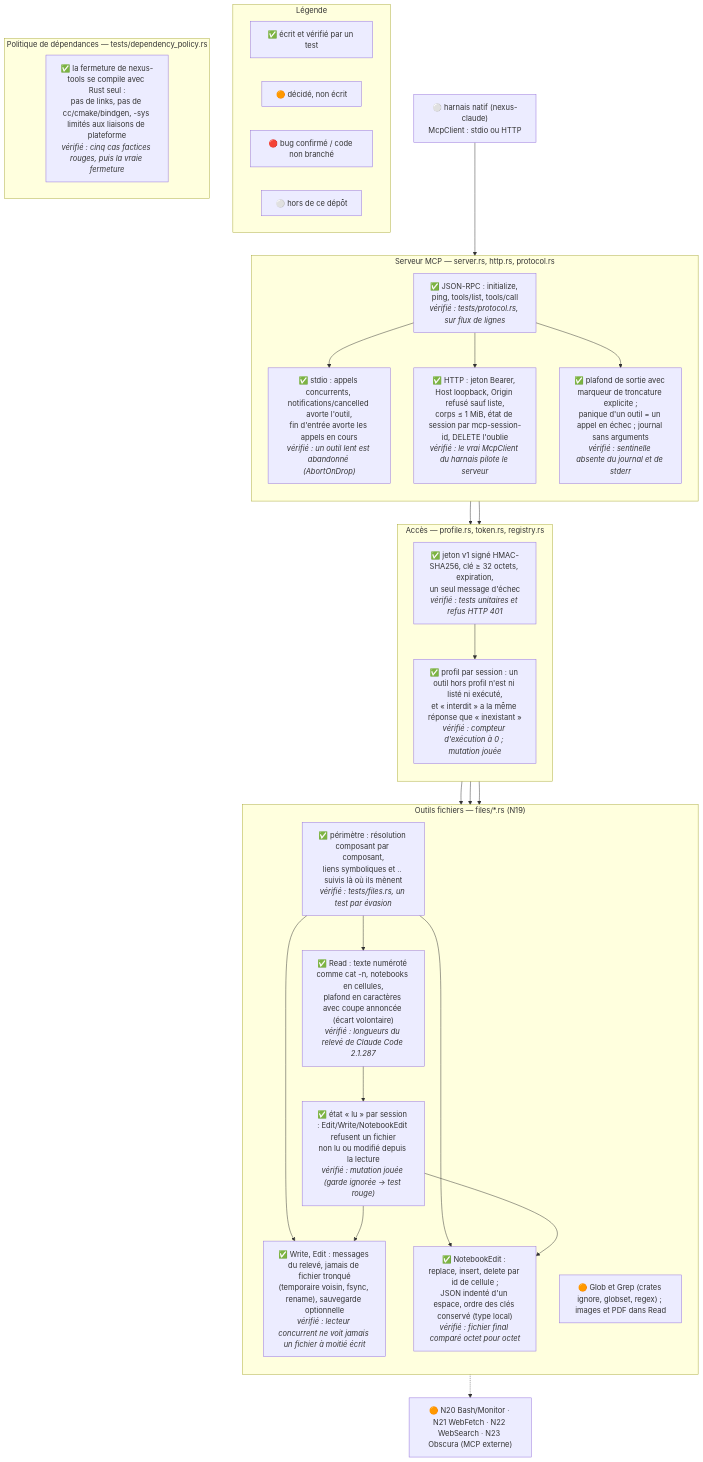
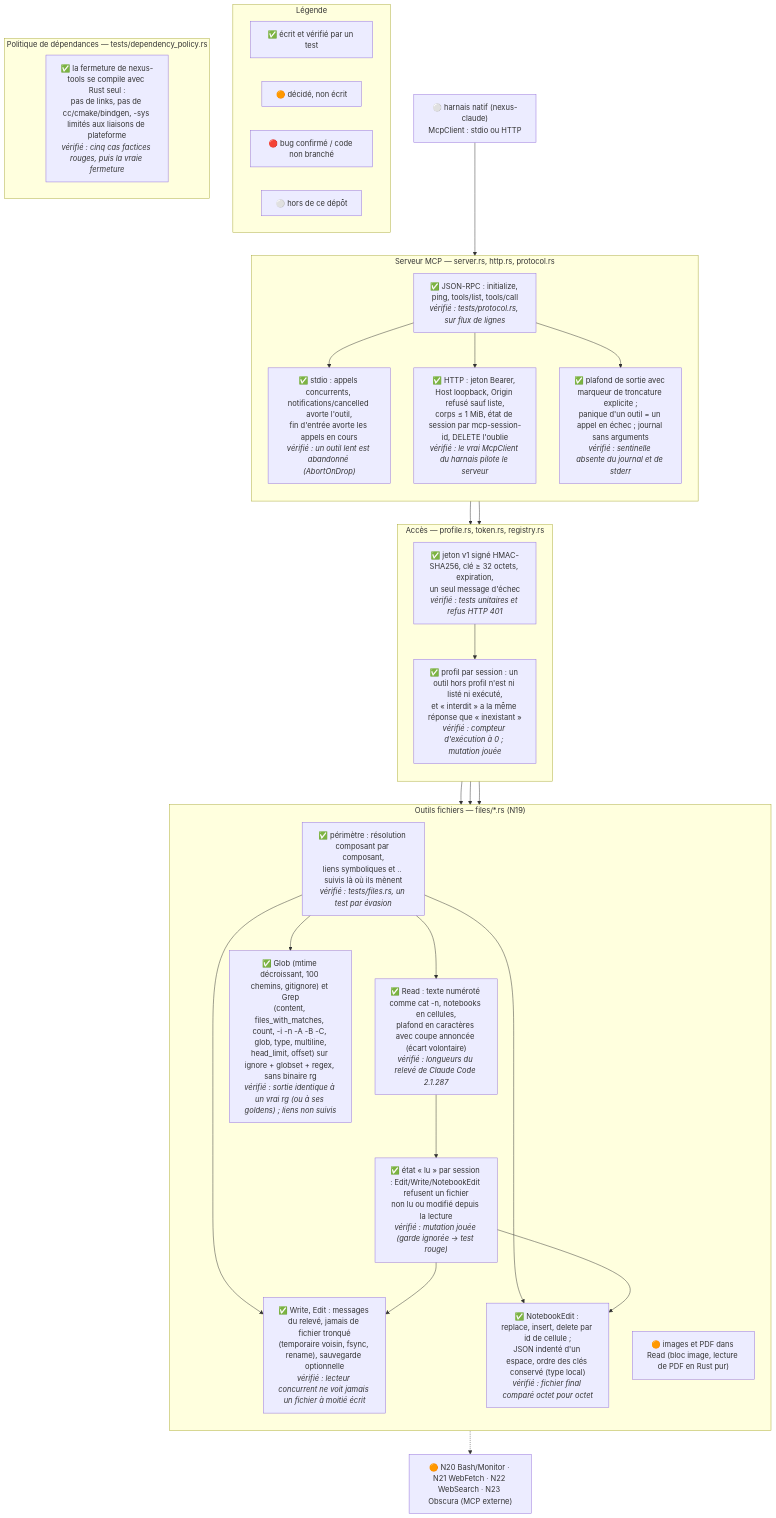
Before and after one commit to this-rs/nexus: the diagram in docs/diagrams/nexus-tools.mmd, drawn with Mermaid. The commit also changed 21 other files, not shown here.

First line of the commit message:
feat(tools): Glob and Grep on ignore/globset/regex, checked against real ripgrep (N19, part 3)

```diff
--- a/docs/diagrams/nexus-tools.mmd
+++ b/docs/diagrams/nexus-tools.mmd
@@ -1,61 +1,63 @@
 %% name: nexus-tools
-%% covers: nexus-tools/src/*.rs, nexus-tools/src/files/*.rs, nexus-tools/tests/*.rs, docs/agent-tools-parity.md
+%% covers: nexus-tools/src/*.rs, nexus-tools/src/files/*.rs, nexus-tools/tests/*.rs, nexus-tools/tests/golden_grep/*.txt, docs/agent-tools-parity.md
 %% verified: 2026-10-05
 flowchart TD
     subgraph legend["Légende"]
         direction LR
         L1["✅ écrit et vérifié par un test"]
         L2["🟠 décidé, non écrit"]
         L3["🔴 bug confirmé / code non branché"]
         L4["⚪ hors de ce dépôt"]
     end
 
     HARNESS["⚪ harnais natif (nexus-claude)<br/>McpClient : stdio ou HTTP"]
 
     subgraph serveur["Serveur MCP — server.rs, http.rs, protocol.rs"]
         direction TB
         RPC["✅ JSON-RPC : initialize, ping, tools/list, tools/call<br/><i>vérifié : tests/protocol.rs, sur flux de lignes</i>"]
         STDIO["✅ stdio : appels concurrents, notifications/cancelled avorte l'outil,<br/>fin d'entrée avorte les appels en cours<br/><i>vérifié : un outil lent est abandonné (AbortOnDrop)</i>"]
         HTTP["✅ HTTP : jeton Bearer, Host loopback, Origin refusé sauf liste,<br/>corps ≤ 1 MiB, état de session par mcp-session-id, DELETE l'oublie<br/><i>vérifié : le vrai McpClient du harnais pilote le serveur</i>"]
         CAP["✅ plafond de sortie avec marqueur de troncature explicite ;<br/>panique d'un outil = un appel en échec ; journal sans arguments<br/><i>vérifié : sentinelle absente du journal et de stderr</i>"]
     end
 
     subgraph acces["Accès — profile.rs, token.rs, registry.rs"]
         direction TB
         TOKEN["✅ jeton v1 signé HMAC-SHA256, clé ≥ 32 octets, expiration,<br/>un seul message d'échec<br/><i>vérifié : tests unitaires et refus HTTP 401</i>"]
         PROFILE["✅ profil par session : un outil hors profil n'est ni listé ni exécuté,<br/>et « interdit » a la même réponse que « inexistant »<br/><i>vérifié : compteur d'exécution à 0 ; mutation jouée</i>"]
     end
 
     subgraph fichiers["Outils fichiers — files/*.rs (N19)"]
         direction TB
         SCOPE["✅ périmètre : résolution composant par composant,<br/>liens symboliques et .. suivis là où ils mènent<br/><i>vérifié : tests/files.rs, un test par évasion</i>"]
         STATE["✅ état « lu » par session : Edit/Write/NotebookEdit refusent un fichier<br/>non lu ou modifié depuis la lecture<br/><i>vérifié : mutation jouée (garde ignorée → test rouge)</i>"]
         READ["✅ Read : texte numéroté comme cat -n, notebooks en cellules,<br/>plafond en caractères avec coupe annoncée (écart volontaire)<br/><i>vérifié : longueurs du relevé de Claude Code 2.1.287</i>"]
         WRITE["✅ Write, Edit : messages du relevé, jamais de fichier tronqué<br/>(temporaire voisin, fsync, rename), sauvegarde optionnelle<br/><i>vérifié : lecteur concurrent ne voit jamais un fichier à moitié écrit</i>"]
         NB["✅ NotebookEdit : replace, insert, delete par id de cellule ;<br/>JSON indenté d'un espace, ordre des clés conservé (type local)<br/><i>vérifié : fichier final comparé octet pour octet</i>"]
-        GLOBGREP["🟠 Glob et Grep (crates ignore, globset, regex) ; images et PDF dans Read"]
+        SEARCH["✅ Glob (mtime décroissant, 100 chemins, gitignore) et Grep<br/>(content, files_with_matches, count, -i -n -A -B -C, glob, type, multiline,<br/>head_limit, offset) sur ignore + globset + regex, sans binaire rg<br/><i>vérifié : sortie identique à un vrai rg (ou à ses goldens) ; liens non suivis</i>"]
+        IMGPDF["🟠 images et PDF dans Read (bloc image, lecture de PDF en Rust pur)"]
     end
 
     subgraph suite["Politique de dépendances — tests/dependency_policy.rs"]
         DEPS["✅ la fermeture de nexus-tools se compile avec Rust seul :<br/>pas de links, pas de cc/cmake/bindgen, -sys limités aux liaisons de plateforme<br/><i>vérifié : cinq cas factices rouges, puis la vraie fermeture</i>"]
     end
 
     LATER["🟠 N20 Bash/Monitor · N21 WebFetch · N22 WebSearch · N23 Obscura (MCP externe)"]
 
     HARNESS --> RPC
     RPC --> STDIO
     RPC --> HTTP
     RPC --> CAP
     HTTP --> TOKEN
     TOKEN --> PROFILE
     RPC --> PROFILE
     PROFILE --> READ
     PROFILE --> WRITE
     PROFILE --> NB
     SCOPE --> READ
     SCOPE --> WRITE
     SCOPE --> NB
     STATE --> WRITE
     STATE --> NB
     READ --> STATE
-    GLOBGREP -.-> LATER
+    SCOPE --> SEARCH
+    IMGPDF -.-> LATER
```
